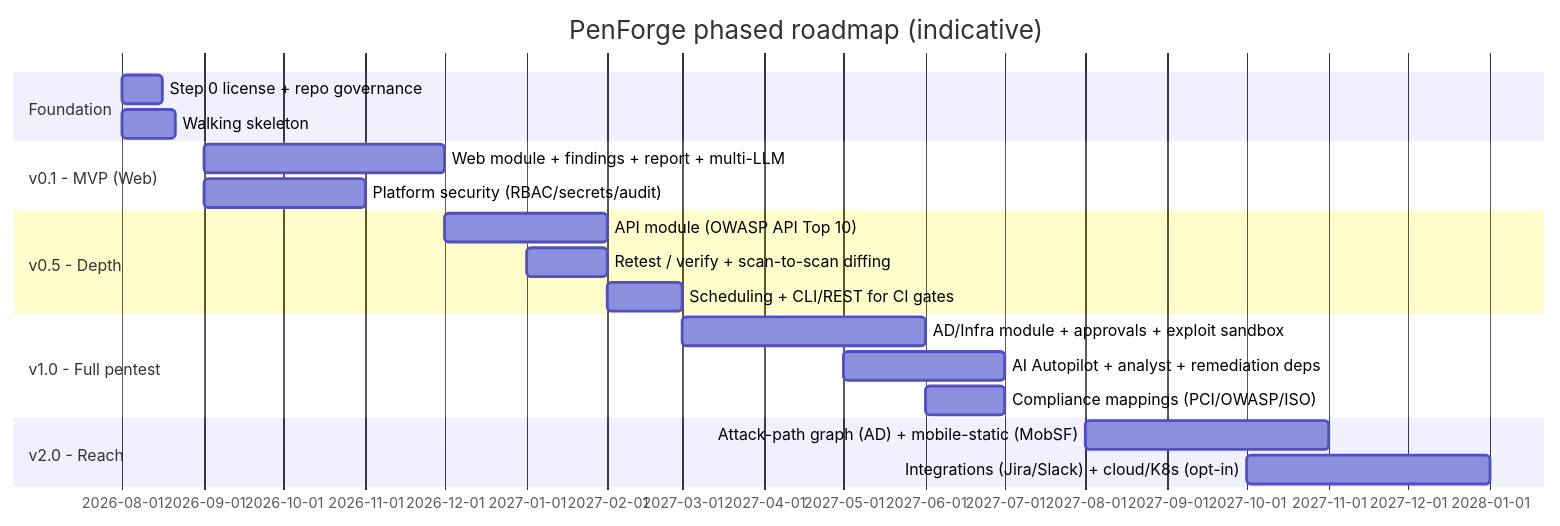
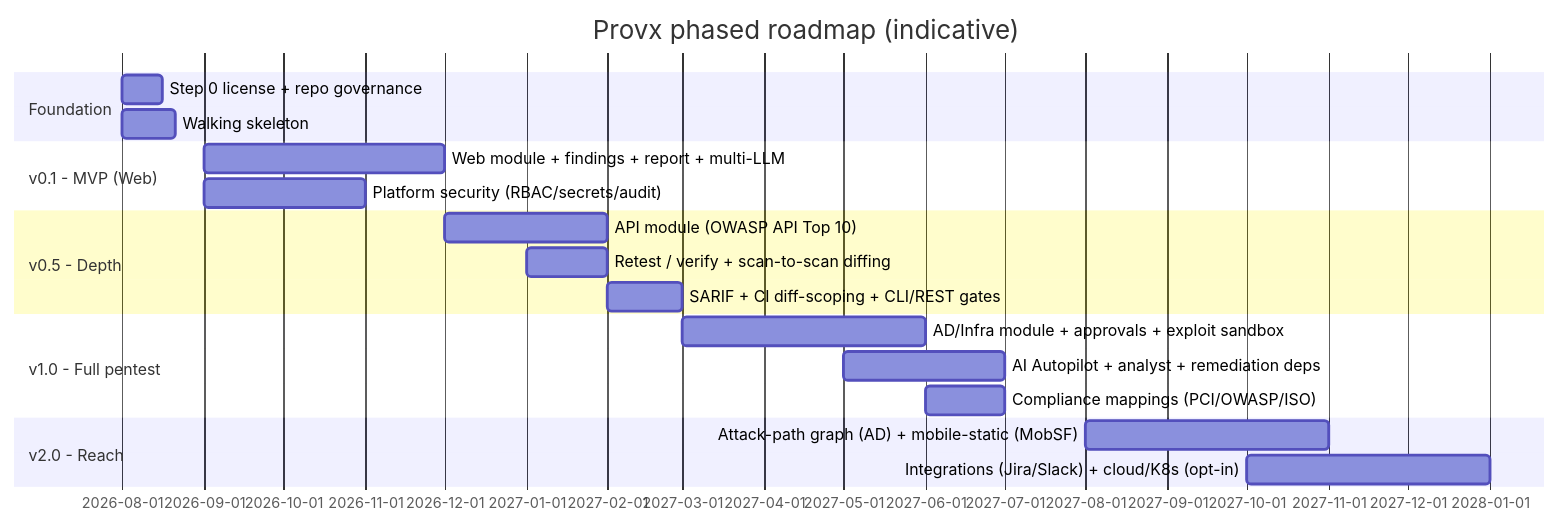
One commit to provx-sec/provx changed the seventh of 7 diagrams in docs/ROADMAP.md. Above: the diagram before and after it, drawn with Mermaid. The commit also changed other lines of this file and 7 other files, not shown here.

Commit message:
docs: CLI interface, PX-FREE rule, competitive catalog, harvest, roadmap updates

````diff
--- a/docs/ROADMAP.md
+++ b/docs/ROADMAP.md
@@ -167,22 +189,22 @@
 ```mermaid
 gantt
-  title PenForge phased roadmap (indicative)
+  title Provx phased roadmap (indicative)
   dateFormat YYYY-MM
   section Foundation
   Step 0 license + repo governance      :2026-08, 15d
   Walking skeleton                       :2026-08, 20d
   section v0.1 - MVP (Web)
   Web module + findings + report + multi-LLM :2026-09, 3M
   Platform security (RBAC/secrets/audit)     :2026-09, 2M
   section v0.5 - Depth
   API module (OWASP API Top 10)          :2026-12, 2M
   Retest / verify + scan-to-scan diffing :2027-01, 1M
-  Scheduling + CLI/REST for CI gates     :2027-02, 1M
+  SARIF + CI diff-scoping + CLI/REST gates :2027-02, 1M
   section v1.0 - Full pentest
   AD/Infra module + approvals + exploit sandbox :2027-03, 3M
   AI Autopilot + analyst + remediation deps     :2027-05, 2M
   Compliance mappings (PCI/OWASP/ISO)           :2027-06, 1M
   section v2.0 - Reach
   Attack-path graph (AD) + mobile-static (MobSF) :2027-08, 3M
   Integrations (Jira/Slack) + cloud/K8s (opt-in) :2027-10, 3M
 ```
````
